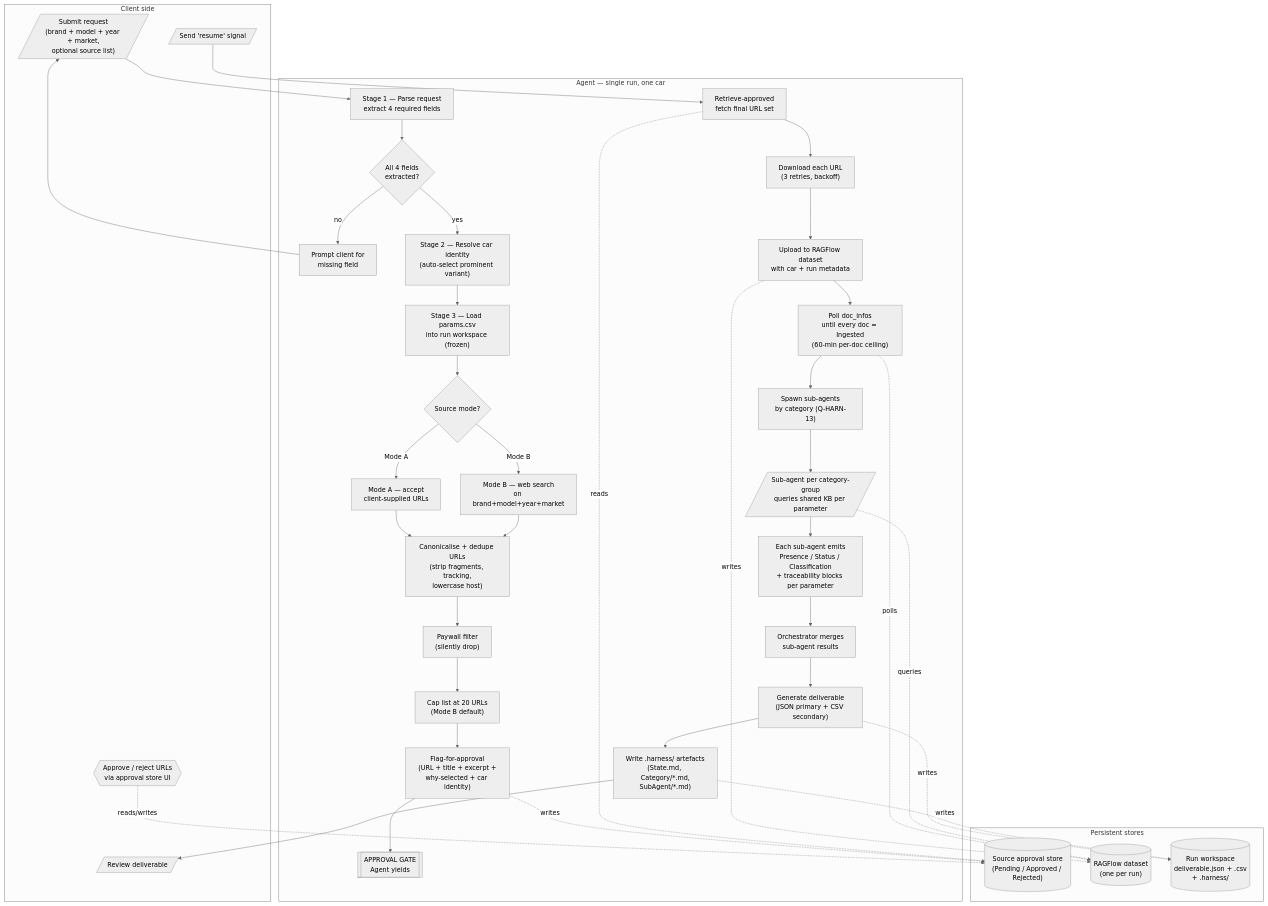
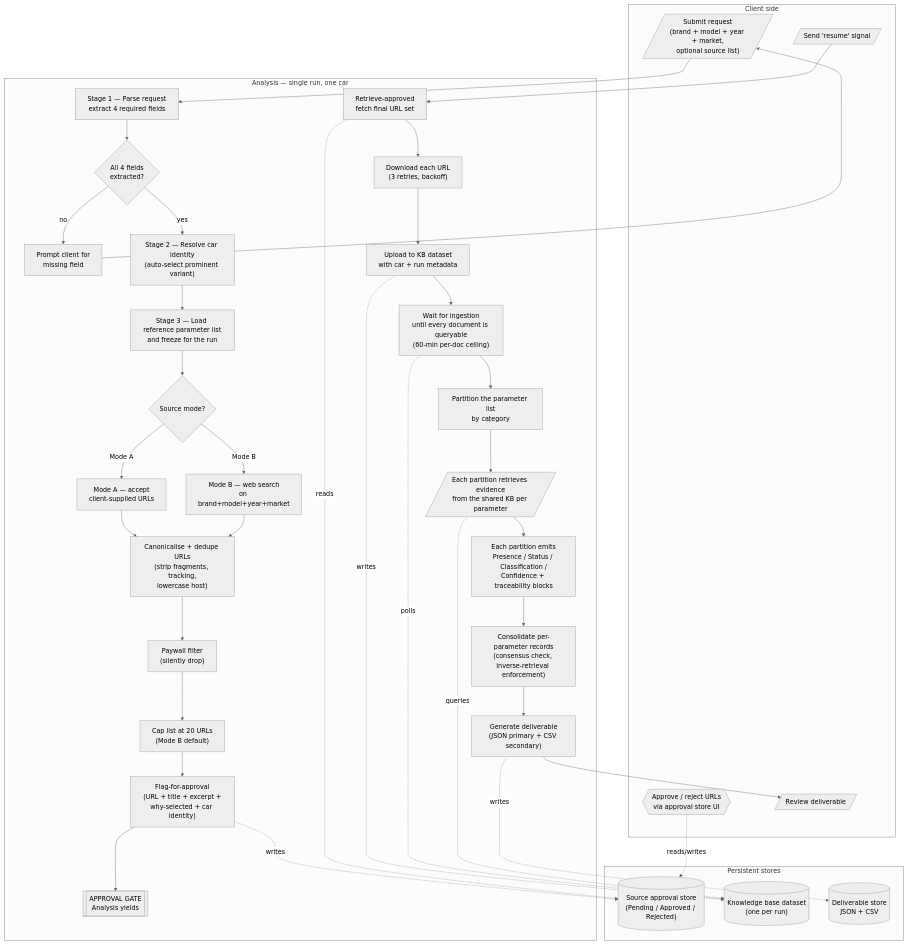
Before and after one commit to hazemHany09/stellantis_workflow: the first of 6 diagrams in business-logic/12-workflow-diagram.md, drawn with Mermaid (neutral theme). The commit also changed other lines of this file and 22 other files, not shown here.

````diff
--- a/business-logic/12-workflow-diagram.md
+++ b/business-logic/12-workflow-diagram.md
@@ -16,63 +18,61 @@
 ```mermaid
 flowchart TD
     subgraph CLIENT[Client side]
         C1[/"Submit request<br/>(brand + model + year + market,<br/>optional source list)"/]
         C2{{"Approve / reject URLs<br/>via approval store UI"}}
         C3[/"Send 'resume' signal"/]
         C4[/"Review deliverable"/]
     end
 
-    subgraph AGENT[Agent — single run, one car]
+    subgraph ANALYSIS[Analysis — single run, one car]
         A1["Stage 1 — Parse request<br/>extract 4 required fields"]
         A2{"All 4 fields<br/>extracted?"}
         A3["Prompt client for<br/>missing field"]
         A4["Stage 2 — Resolve car identity<br/>(auto-select prominent variant)"]
-        A5["Stage 3 — Load params.csv<br/>into run workspace (frozen)"]
+        A5["Stage 3 — Load reference parameter list<br/>and freeze for the run"]
         A6{"Source mode?"}
         A7A["Mode A — accept<br/>client-supplied URLs"]
         A7B["Mode B — web search<br/>on brand+model+year+market"]
         A8["Canonicalise + dedupe URLs<br/>(strip fragments, tracking,<br/>lowercase host)"]
         A9["Paywall filter<br/>(silently drop)"]
         A10["Cap list at 20 URLs<br/>(Mode B default)"]
         A11["Flag-for-approval<br/>(URL + title + excerpt +<br/>why-selected + car identity)"]
-        A12[["APPROVAL GATE<br/>Agent yields"]]
+        A12[["APPROVAL GATE<br/>Analysis yields"]]
         A13["Retrieve-approved<br/>fetch final URL set"]
         A14["Download each URL<br/>(3 retries, backoff)"]
-        A15["Upload to RAGFlow dataset<br/>with car + run metadata"]
-        A16["Poll doc_infos<br/>until every doc = Ingested<br/>(60-min per-doc ceiling)"]
-        A17["Spawn sub-agents<br/>by category (Q-HARN-13)"]
-        A18[/"Sub-agent per category-group<br/>queries shared KB per parameter"/]
-        A19["Each sub-agent emits<br/>Presence / Status / Classification<br/>+ traceability blocks per parameter"]
-        A20["Orchestrator merges<br/>sub-agent results"]
+        A15["Upload to KB dataset<br/>with car + run metadata"]
+        A16["Wait for ingestion<br/>until every document is queryable<br/>(60-min per-doc ceiling)"]
+        A17["Partition the parameter list<br/>by category"]
+        A18[/"Each partition retrieves evidence<br/>from the shared KB per parameter"/]
+        A19["Each partition emits<br/>Presence / Status / Classification /<br/>Confidence + traceability blocks"]
+        A20["Consolidate per-parameter records<br/>(consensus check, inverse-retrieval enforcement)"]
         A21["Generate deliverable<br/>(JSON primary + CSV secondary)"]
-        A22["Write .harness/ artefacts<br/>(State.md, Category/*.md,<br/>SubAgent/*.md)"]
     end
 
     subgraph STORES[Persistent stores]
         S1[("Source approval store<br/>(Pending / Approved / Rejected)")]
-        S2[("RAGFlow dataset<br/>(one per run)")]
-        S3[("Run workspace<br/>deliverable.json + .csv<br/>+ .harness/")]
+        S2[("Knowledge base dataset<br/>(one per run)")]
+        S3[("Deliverable store<br/>JSON + CSV")]
     end
 
     C1 --> A1 --> A2
     A2 -- no --> A3 --> C1
     A2 -- yes --> A4 --> A5 --> A6
     A6 -- Mode A --> A7A --> A8
     A6 -- Mode B --> A7B --> A8
     A8 --> A9 --> A10 --> A11
     A11 -.writes.-> S1
     A11 --> A12
     C2 -.reads/writes.-> S1
     C3 --> A13
     A13 -.reads.-> S1
     A13 --> A14 --> A15
     A15 -.writes.-> S2
     A15 --> A16
     A16 -.polls.-> S2
     A16 --> A17 --> A18
     A18 -.queries.-> S2
-    A18 --> A19 --> A20 --> A21 --> A22
+    A18 --> A19 --> A20 --> A21
     A21 -.writes.-> S3
-    A22 -.writes.-> S3
-    A22 --> C4
+    A21 --> C4
 ```
````
